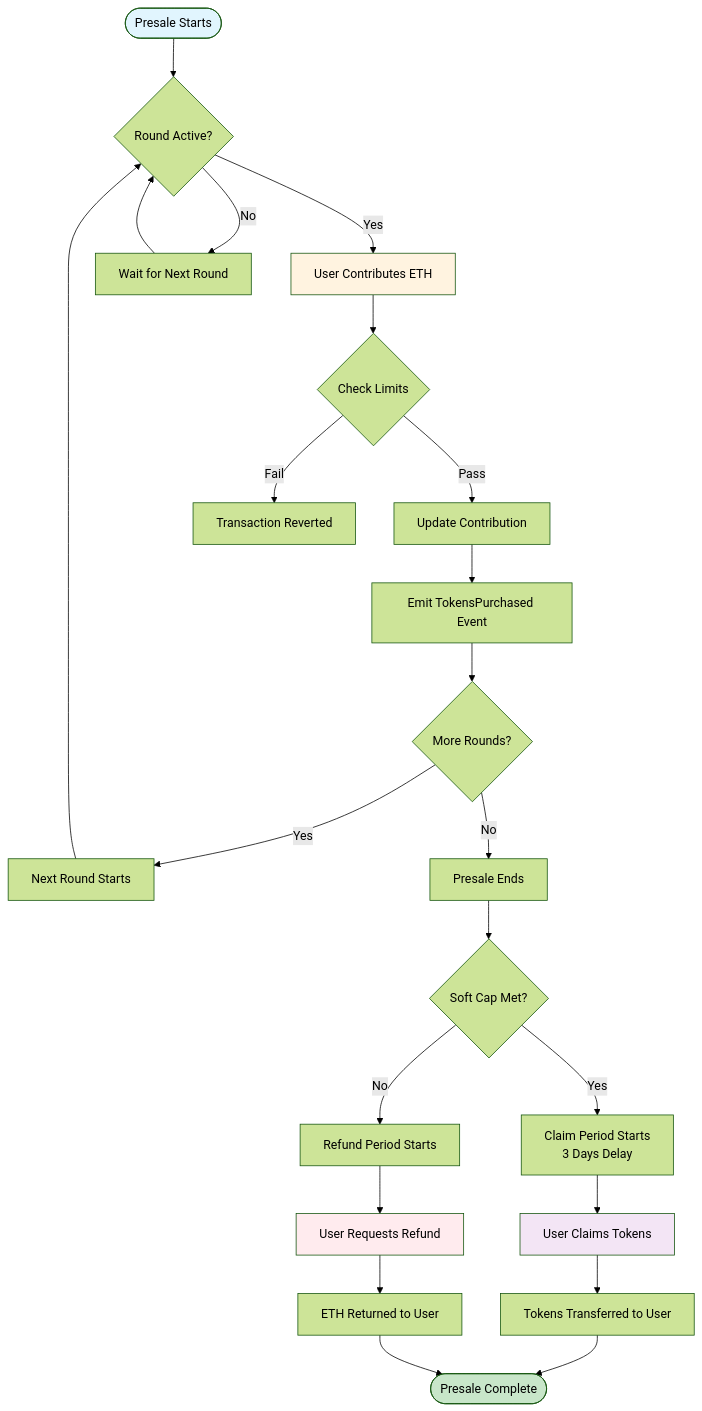
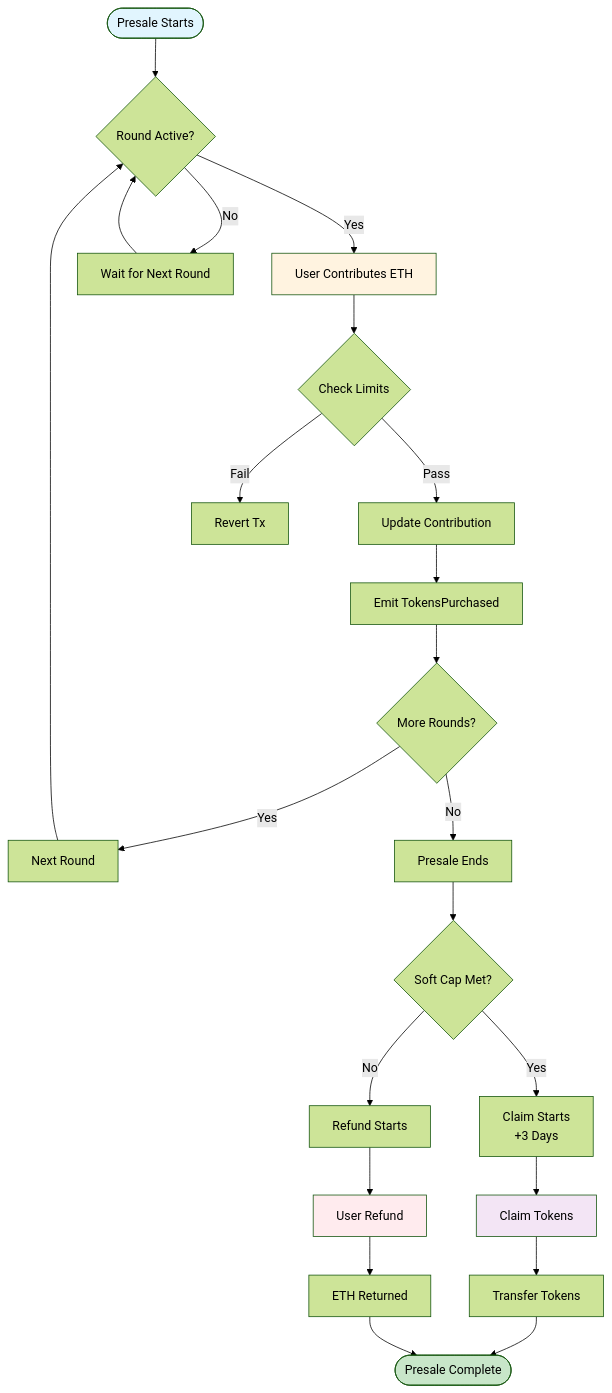
The diagram in README.md (David-glitc/reo-presale), drawn with Mermaid (forest theme) before and after one commit.

````diff
--- a/README.md
+++ b/README.md
@@ -49,37 +48,24 @@
 ```mermaid
 flowchart TD
     Start([Presale Starts]) --> CheckRound{Round Active?}
     CheckRound -->|Yes| Contribute[User Contributes ETH]
-    CheckRound -->|No| Wait[Wait for Next Round]
-    Wait --> CheckRound
+    CheckRound -->|No| Wait[Wait for Next Round] --> CheckRound
     
     Contribute --> Validate{Check Limits}
-    Validate -->|Pass| Update[Update Contribution]
-    Validate -->|Fail| Revert[Transaction Reverted]
+    Validate -->|Pass| Update[Update Contribution] --> Event[Emit TokensPurchased]
+    Validate -->|Fail| Revert[Revert Tx]
     
-    Update --> Event[Emit TokensPurchased Event]
     Event --> MoreRounds{More Rounds?}
-    MoreRounds -->|Yes| NextRound[Next Round Starts]
+    MoreRounds -->|Yes| NextRound[Next Round] --> CheckRound
     MoreRounds -->|No| PresaleEnd[Presale Ends]
     
-    NextRound --> CheckRound
     PresaleEnd --> SoftCap{Soft Cap Met?}
-    
-    SoftCap -->|Yes| ClaimPeriod[Claim Period Starts<br/>3 Days Delay]
-    SoftCap -->|No| RefundPeriod[Refund Period Starts]
-    
-    ClaimPeriod --> Claim[User Claims Tokens]
-    Claim --> Mint[Tokens Transferred to User]
-    
-    RefundPeriod --> Refund[User Requests Refund]
-    Refund --> Return[ETH Returned to User]
-    
-    Mint --> Complete([Presale Complete])
-    Return --> Complete
-    
+    SoftCap -->|Yes| ClaimPeriod[Claim Starts<br/>+3 Days] --> Claim[Claim Tokens] --> Mint[Transfer Tokens] --> Complete([Presale Complete])
+    SoftCap -->|No| RefundPeriod[Refund Starts] --> Refund[User Refund] --> Return[ETH Returned] --> Complete
+
     style Start fill:#e1f5fe
     style Complete fill:#c8e6c9
     style Contribute fill:#fff3e0
     style Claim fill:#f3e5f5
     style Refund fill:#ffebee
 ```
````
